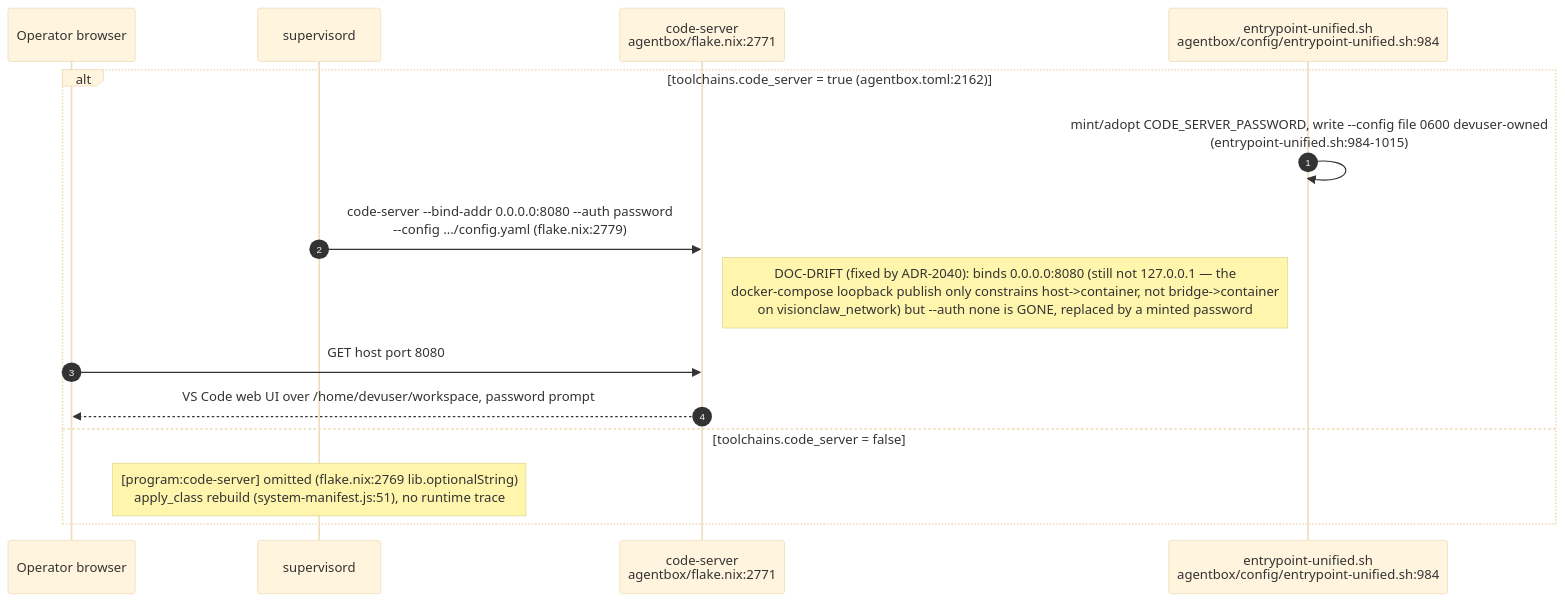
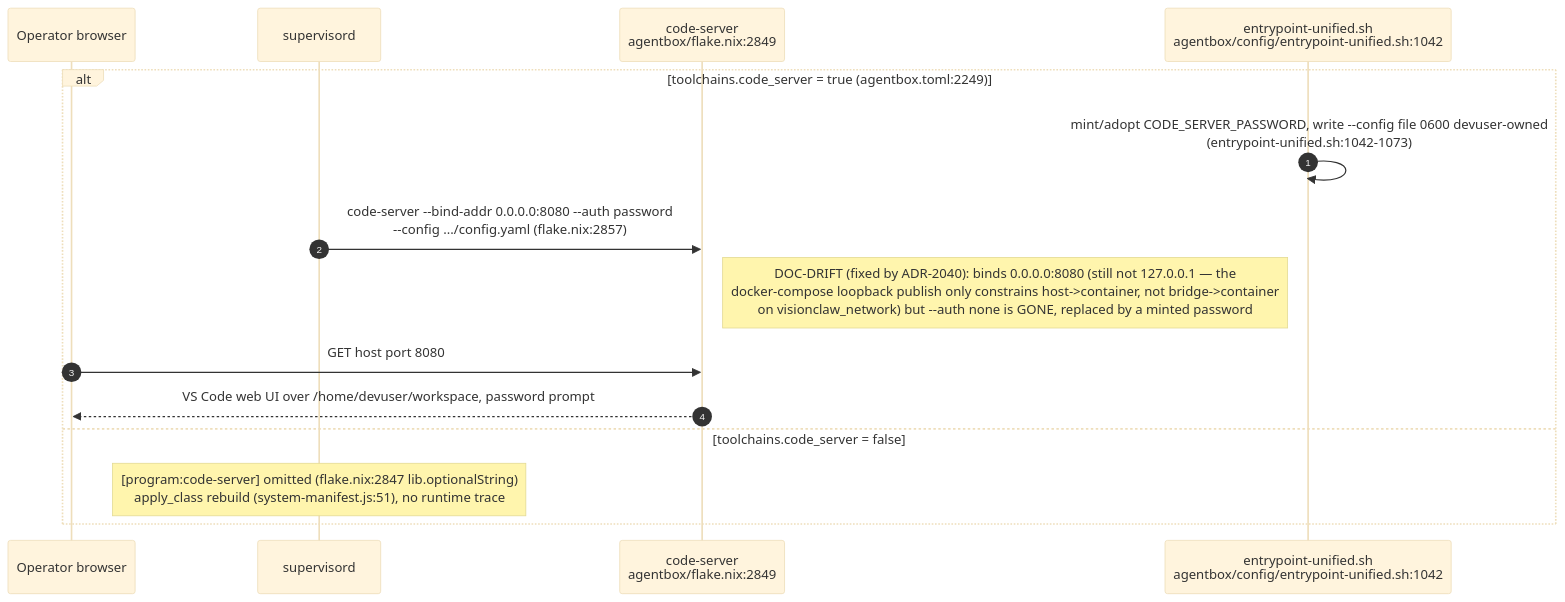
The sixth of 14 diagrams in docs/diagrams/agentbox/27-media-gpu-capability-services.md (DreamLab-AI/VisionFlow), drawn with Mermaid (base theme) before and after one commit. The commit also changed other lines of this file and 160 other files, not shown here.

````diff
--- a/docs/diagrams/agentbox/27-media-gpu-capability-services.md
+++ b/docs/diagrams/agentbox/27-media-gpu-capability-services.md
@@ -206,18 +210,18 @@
 ```mermaid
 sequenceDiagram
     autonumber
     participant Op as Operator browser
     participant Sup as supervisord
-    participant CS as code-server<br/>agentbox/flake.nix:2771
-    participant Entry as entrypoint-unified.sh<br/>agentbox/config/entrypoint-unified.sh:984
+    participant CS as code-server<br/>agentbox/flake.nix:2849
+    participant Entry as entrypoint-unified.sh<br/>agentbox/config/entrypoint-unified.sh:1042
 
-    alt toolchains.code_server = true (agentbox.toml:2162)
-        Entry->>Entry: mint/adopt CODE_SERVER_PASSWORD, write --config file 0600 devuser-owned<br/>(entrypoint-unified.sh:984-1015)
-        Sup->>CS: code-server --bind-addr 0.0.0.0:8080 --auth password<br/>--config .../config.yaml (flake.nix:2779)
+    alt toolchains.code_server = true (agentbox.toml:2249)
+        Entry->>Entry: mint/adopt CODE_SERVER_PASSWORD, write --config file 0600 devuser-owned<br/>(entrypoint-unified.sh:1042-1073)
+        Sup->>CS: code-server --bind-addr 0.0.0.0:8080 --auth password<br/>--config .../config.yaml (flake.nix:2857)
         Note right of CS: DOC-DRIFT (fixed by ADR-2040): binds 0.0.0.0:8080 (still not 127.0.0.1 — the<br/>docker-compose loopback publish only constrains host->container, not bridge->container<br/>on visionclaw_network) but --auth none is GONE, replaced by a minted password
         Op->>CS: GET host port 8080
         CS-->>Op: VS Code web UI over /home/devuser/workspace, password prompt
     else toolchains.code_server = false
-        Note over Sup: [program:code-server] omitted (flake.nix:2769 lib.optionalString)<br/>apply_class rebuild (system-manifest.js:51), no runtime trace
+        Note over Sup: [program:code-server] omitted (flake.nix:2847 lib.optionalString)<br/>apply_class rebuild (system-manifest.js:51), no runtime trace
     end
 ```
````
